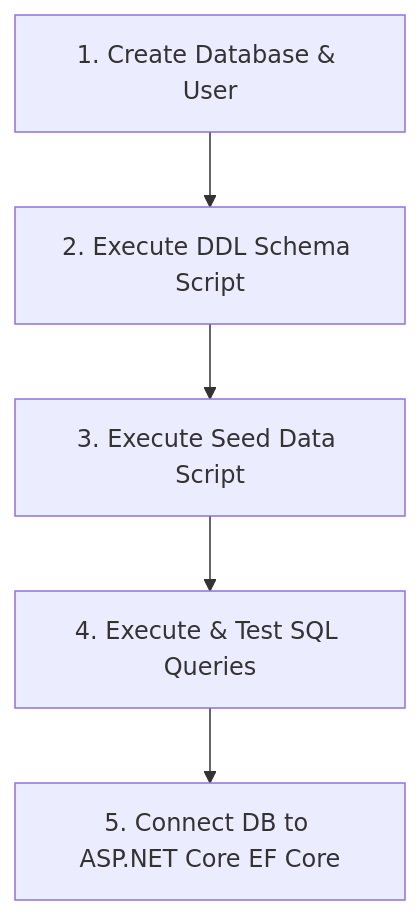
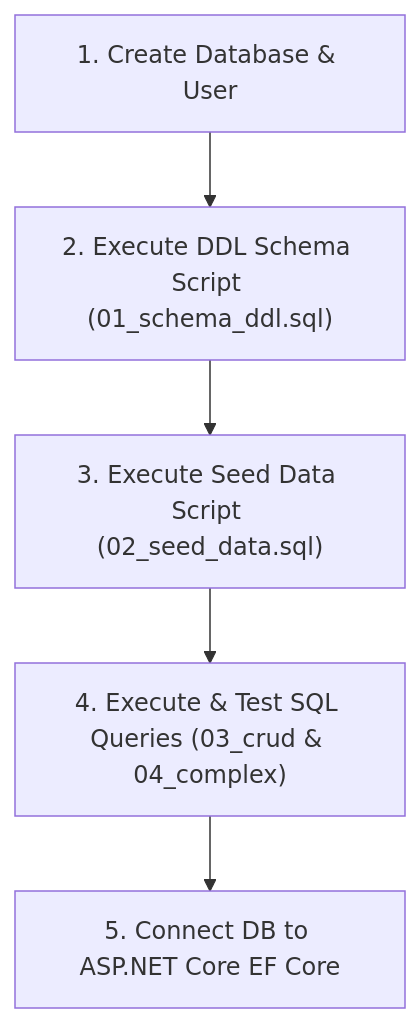
One commit to arif-z04/KajBazar changed the diagram in docs/Database-setup-and-integration.md. Above: the diagram before and after it, drawn with Mermaid. The commit also changed other lines of this file and 92 other files, not shown here.

````diff
--- a/docs/Database-setup-and-integration.md
+++ b/docs/Database-setup-and-integration.md
@@ -23,7 +25,7 @@
 ```mermaid
 flowchart TD
-    D1[1. Create Database & User] --> D2[2. Execute DDL Schema Script]
-    D2 --> D3[3. Execute Seed Data Script]
-    D3 --> D4[4. Execute & Test SQL Queries]
-    D4 --> D5[5. Connect DB to ASP.NET Core EF Core]
+    D1["1. Create Database & User"] --> D2["2. Execute DDL Schema Script (01_schema_ddl.sql)"]
+    D2 --> D3["3. Execute Seed Data Script (02_seed_data.sql)"]
+    D3 --> D4["4. Execute & Test SQL Queries (03_crud & 04_complex)"]
+    D4 --> D5["5. Connect DB to ASP.NET Core EF Core"]
 ```
````
